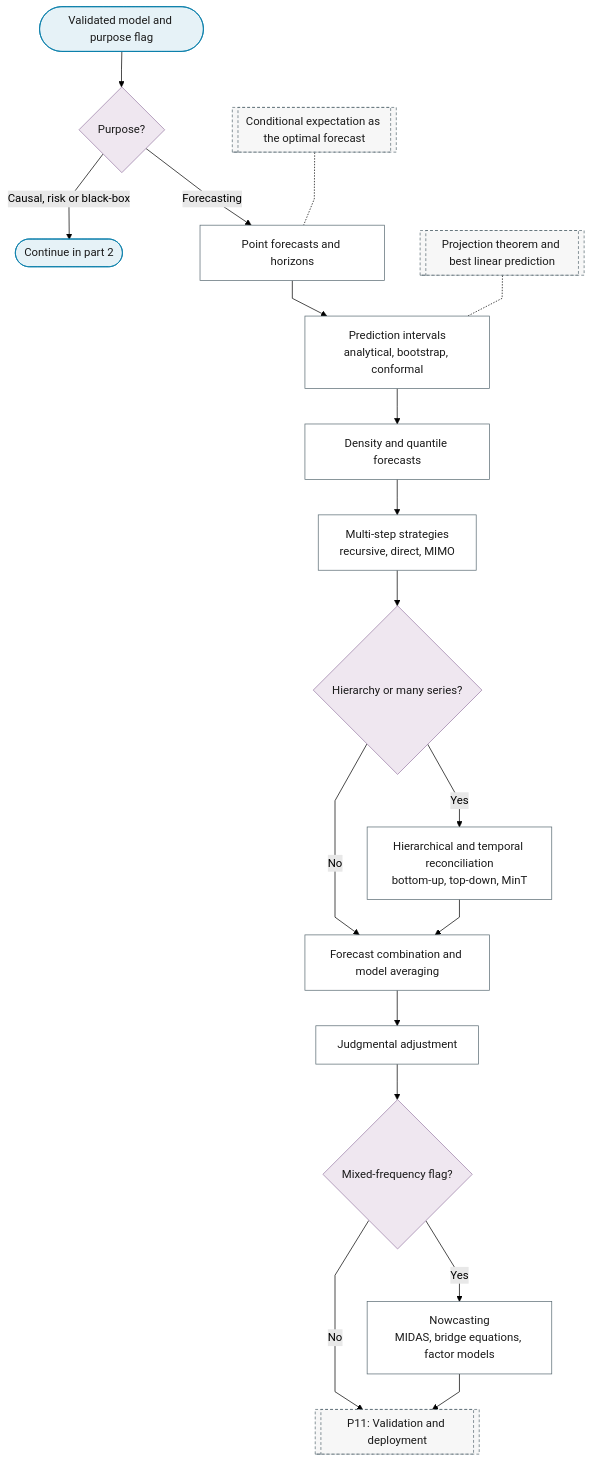
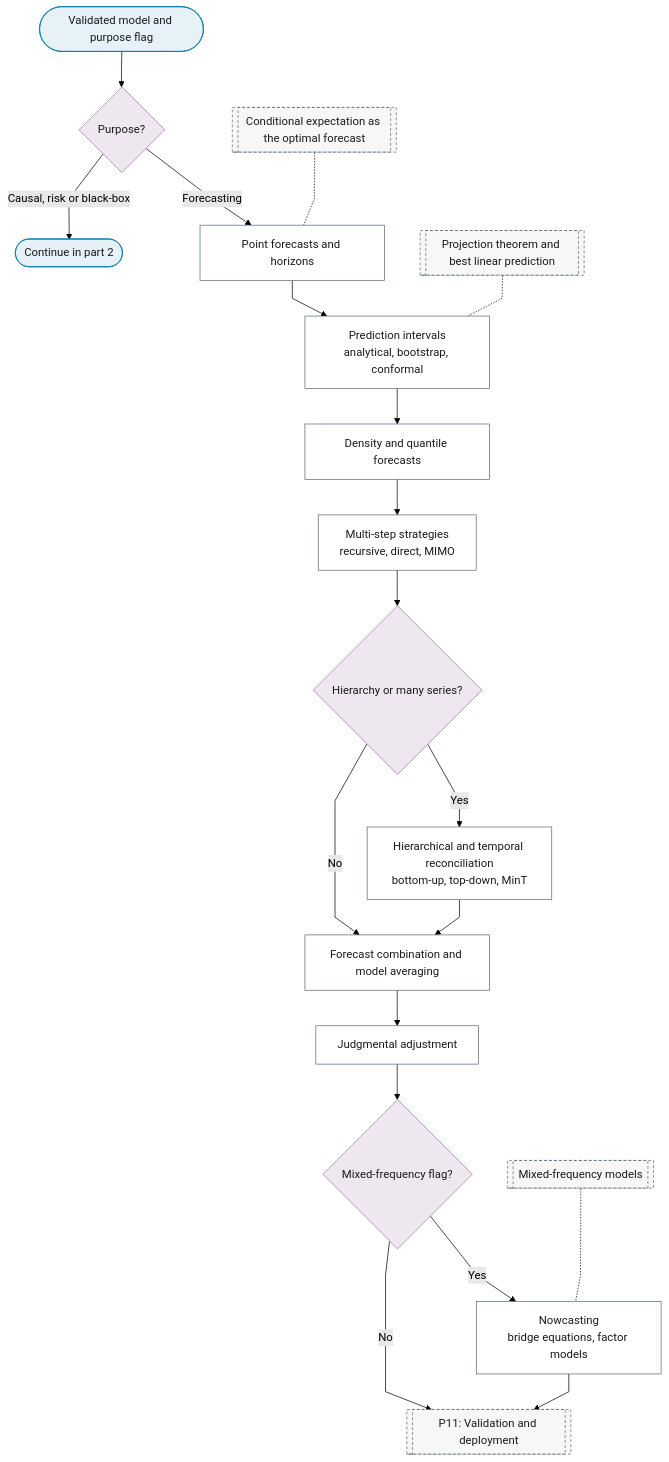
The first of 2 diagrams in docs/01-workflow/p10-inference.md (Shuxin-Y/time-series-analysis-manual), drawn with Mermaid (forest theme) before and after one commit. The commit also changed 27 other files, not shown here.

First line of the commit message:
fix(flowchart): one method, one leaf

````diff
--- a/docs/01-workflow/p10-inference.md
+++ b/docs/01-workflow/p10-inference.md
@@ -11,33 +11,35 @@
 ```mermaid
 %%{init: {"flowchart": {"curve": "linear"}}}%%
 graph TD
     P10_IN(["Validated model and purpose flag"]) --> P10_PURPOSE{"Purpose?"}
     P10_PURPOSE -->|"Forecasting"| P10_POINT_FORECASTS["Point forecasts and horizons"]
     P10_PURPOSE -->|"Causal, risk or black-box"| P10_TO_PART_2(["Continue in part 2"])
     P10_POINT_FORECASTS --> P10_INTERVALS["Prediction intervals<br/>analytical, bootstrap, conformal"]
     P10_INTERVALS --> P10_DENSITY_QUANTILE["Density and quantile forecasts"]
     P10_DENSITY_QUANTILE --> P10_MULTISTEP["Multi-step strategies<br/>recursive, direct, MIMO"]
     P10_MULTISTEP --> P10_HIERARCHY{"Hierarchy or many series?"}
     P10_HIERARCHY -->|"Yes"| P10_RECONCILIATION["Hierarchical and temporal reconciliation<br/>bottom-up, top-down, MinT"]
     P10_HIERARCHY -->|"No"| P10_COMBINATION
     P10_RECONCILIATION --> P10_COMBINATION["Forecast combination and model averaging"]
     P10_COMBINATION --> P10_JUDGMENTAL["Judgmental adjustment"]
     P10_JUDGMENTAL --> P10_MIXED{"Mixed-frequency flag?"}
-    P10_MIXED -->|"Yes"| P10_NOWCASTING["Nowcasting<br/>MIDAS, bridge equations, factor models"]
+    P10_MIXED -->|"Yes"| P10_NOWCASTING["Nowcasting<br/>bridge equations, factor models"]
     P10_MIXED -->|"No"| P11
     F_CONDITIONAL_EXPECTATION[["Conditional expectation as the optimal forecast"]] -.- P10_POINT_FORECASTS
     F_PROJECTION[["Projection theorem and best linear prediction"]] -.- P10_INTERVALS
     P10_NOWCASTING --> P11[["P11: Validation and deployment"]]
+    P6_MIXED_FREQUENCY[["Mixed-frequency models"]] -.- P10_NOWCASTING
     class P10_IN,P10_TO_PART_2 terminator
     class P10_PURPOSE,P10_HIERARCHY,P10_MIXED decision
     class P10_POINT_FORECASTS,P10_INTERVALS,P10_DENSITY_QUANTILE,P10_MULTISTEP,P10_RECONCILIATION,P10_COMBINATION,P10_JUDGMENTAL,P10_NOWCASTING process
     class P11,F_CONDITIONAL_EXPECTATION,F_PROJECTION ref
+    class P6_MIXED_FREQUENCY ref
     classDef terminator fill:#E6F2F7,stroke:#007BA7,color:#1A1A1A;
     classDef process fill:#FFFFFF,stroke:#5A6B73,color:#1A1A1A;
     classDef decision fill:#EFE7F0,stroke:#9B7FA7,color:#1A1A1A;
     classDef data fill:#FFF4E0,stroke:#C9A55E,color:#1A1A1A;
     classDef good fill:#DCEFD8,stroke:#4A7A3F,color:#1A1A1A;
     classDef escalate fill:#FFE9C2,stroke:#C9A55E,color:#1A1A1A;
     classDef problem fill:#F2D9DE,stroke:#800020,color:#1A1A1A;
     classDef ref fill:#F7F7F7,stroke:#5A6B73,color:#1A1A1A,stroke-dasharray:4 3;
 ```
````
